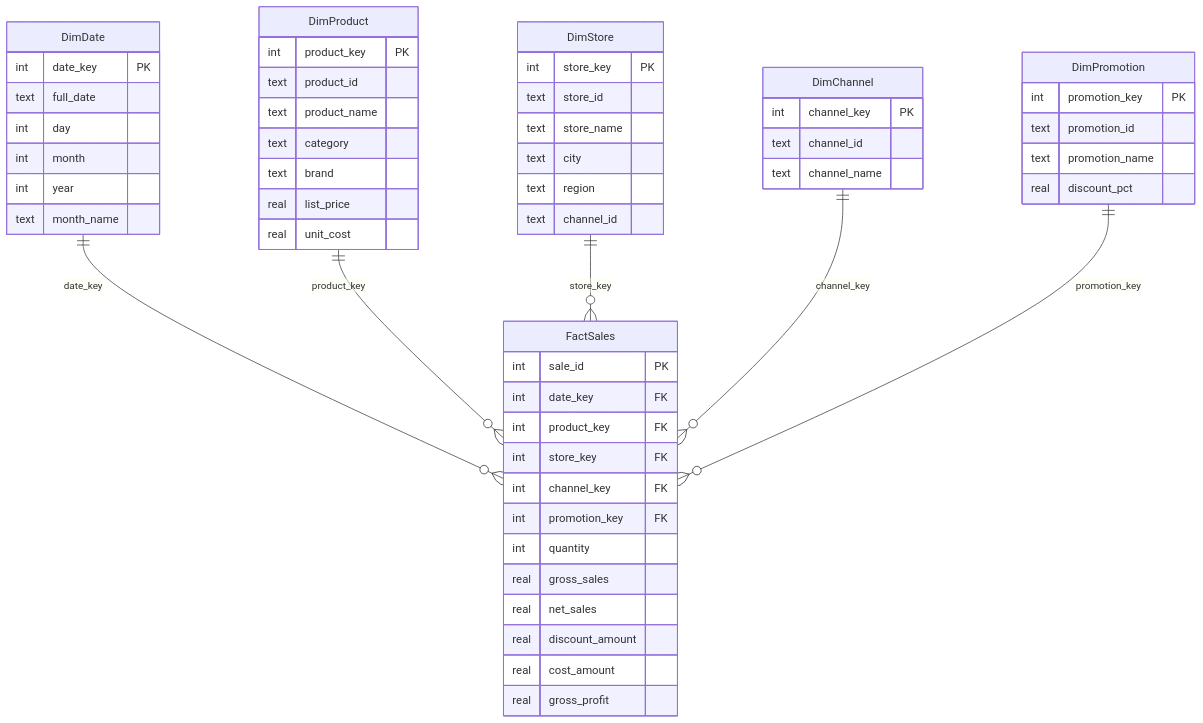
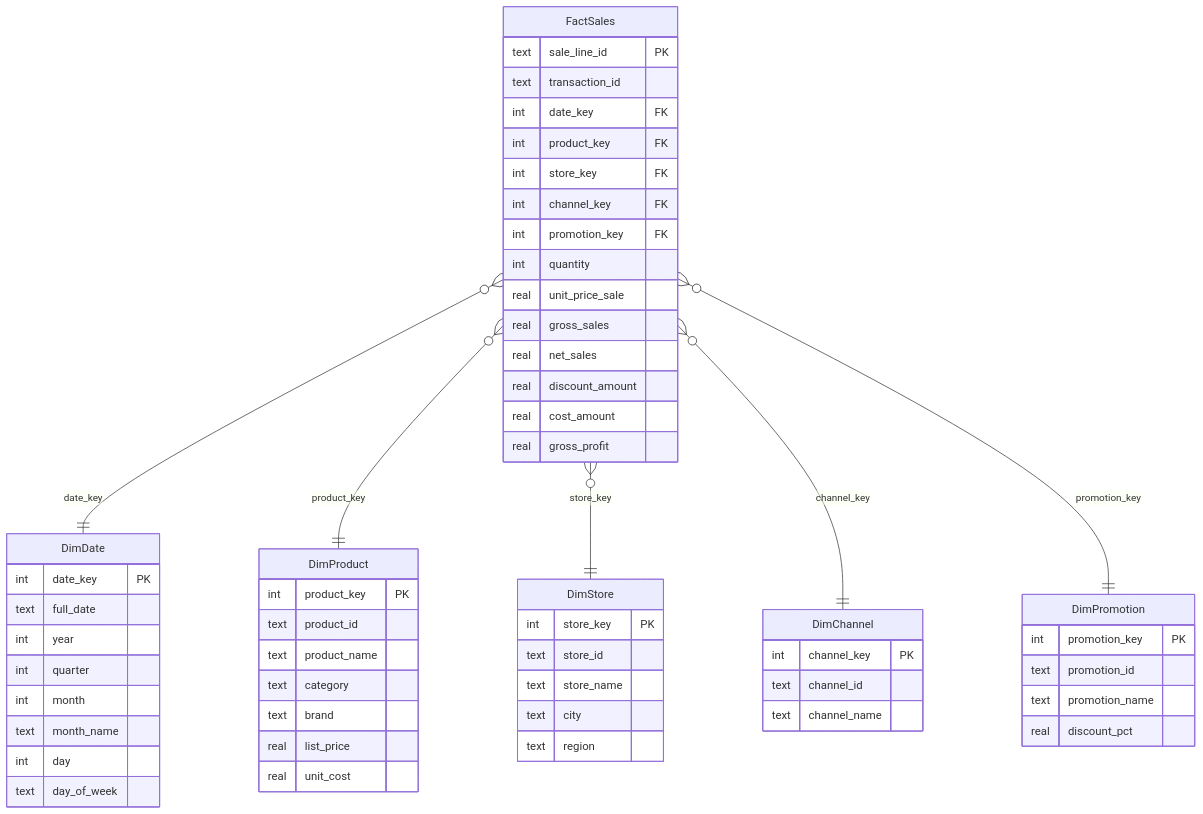
The diagram in README.md (driosoft-pro/lab2-dimensional-dw), drawn with Mermaid before and after one commit. The commit also changed other lines of this file, not shown here.

````diff
--- a/README.md
+++ b/README.md
@@ -132,64 +75,67 @@
 ```mermaid
 erDiagram
     DimDate {
         int date_key PK
         text full_date
+        int year
+        int quarter
+        int month
+        text month_name
         int day
-        int month
-        int year
-        text month_name
+        text day_of_week
     }
 
     DimProduct {
         int product_key PK
         text product_id
         text product_name
         text category
         text brand
         real list_price
         real unit_cost
     }
 
     DimStore {
         int store_key PK
         text store_id
         text store_name
         text city
         text region
-        text channel_id
     }
 
     DimChannel {
         int channel_key PK
         text channel_id
         text channel_name
     }
 
     DimPromotion {
         int promotion_key PK
         text promotion_id
         text promotion_name
         real discount_pct
     }
 
     FactSales {
-        int sale_id PK
+        text sale_line_id PK
+        text transaction_id
         int date_key FK
         int product_key FK
         int store_key FK
         int channel_key FK
         int promotion_key FK
         int quantity
+        real unit_price_sale
         real gross_sales
         real net_sales
         real discount_amount
         real cost_amount
         real gross_profit
     }
 
-    DimDate ||--o{ FactSales : "date_key"
-    DimProduct ||--o{ FactSales : "product_key"
-    DimStore ||--o{ FactSales : "store_key"
-    DimChannel ||--o{ FactSales : "channel_key"
-    DimPromotion ||--o{ FactSales : "promotion_key"
+    FactSales }o--|| DimDate      : "date_key"
+    FactSales }o--|| DimProduct   : "product_key"
+    FactSales }o--|| DimStore     : "store_key"
+    FactSales }o--|| DimChannel   : "channel_key"
+    FactSales }o--|| DimPromotion : "promotion_key"
 ```
````
